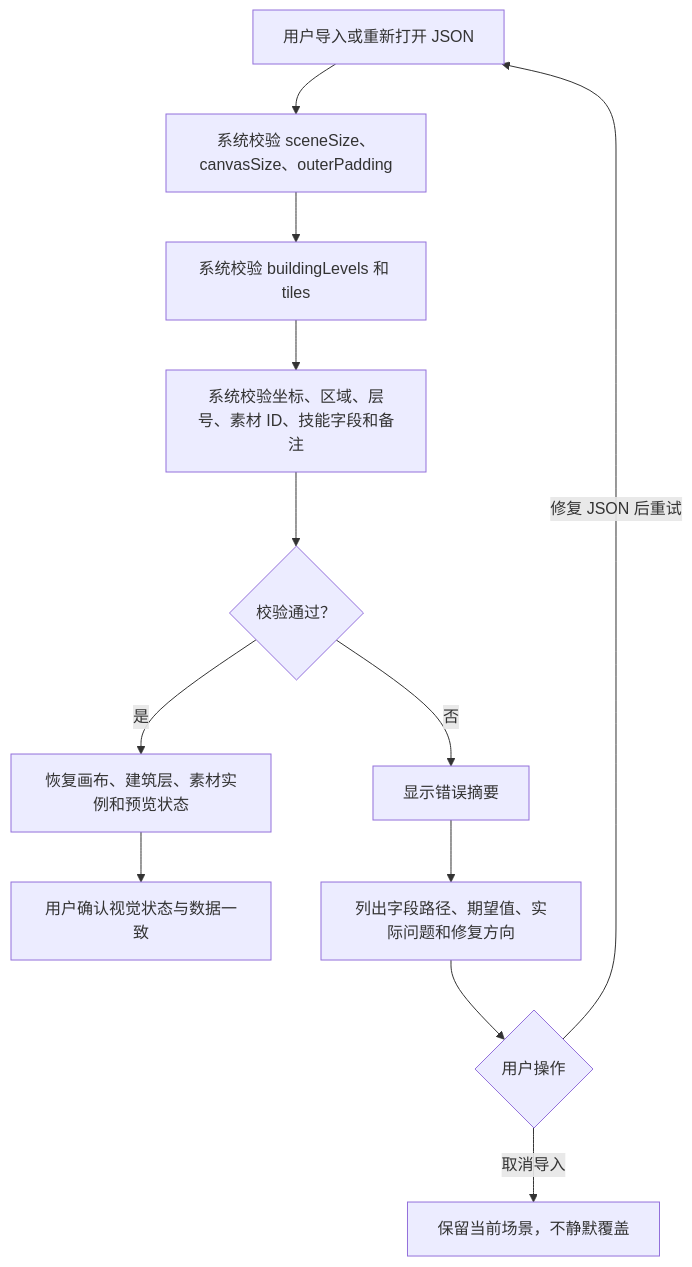
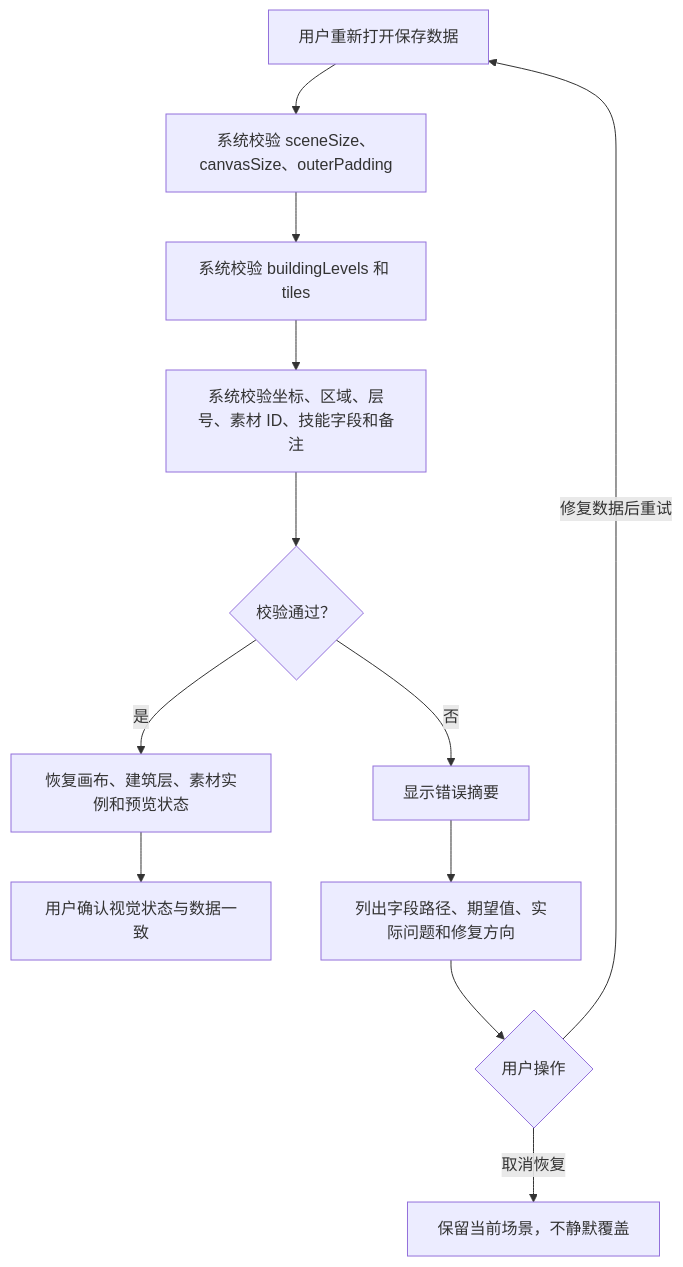
Before and after one commit to grigri201/pokopia-scene-editor: the fourth of 4 diagrams in _bmad-output/planning-artifacts/ux-design-specification.md, drawn with Mermaid. The commit also changed other lines of this file and 9 other files, not shown here.

````diff
--- a/_bmad-output/planning-artifacts/ux-design-specification.md
+++ b/_bmad-output/planning-artifacts/ux-design-specification.md
@@ -441,14 +447,14 @@
 ```mermaid
 flowchart TD
-  A["用户导入或重新打开 JSON"] --> B["系统校验 sceneSize、canvasSize、outerPadding"]
+  A["用户重新打开保存数据"] --> B["系统校验 sceneSize、canvasSize、outerPadding"]
   B --> C["系统校验 buildingLevels 和 tiles"]
   C --> D["系统校验坐标、区域、层号、素材 ID、技能字段和备注"]
   D --> E{"校验通过？"}
   E -- "是" --> F["恢复画布、建筑层、素材实例和预览状态"]
   F --> G["用户确认视觉状态与数据一致"]
   E -- "否" --> H["显示错误摘要"]
   H --> I["列出字段路径、期望值、实际问题和修复方向"]
   I --> J{"用户操作"}
-  J -- "修复 JSON 后重试" --> A
-  J -- "取消导入" --> K["保留当前场景，不静默覆盖"]
+  J -- "修复数据后重试" --> A
+  J -- "取消恢复" --> K["保留当前场景，不静默覆盖"]
 ```
````
